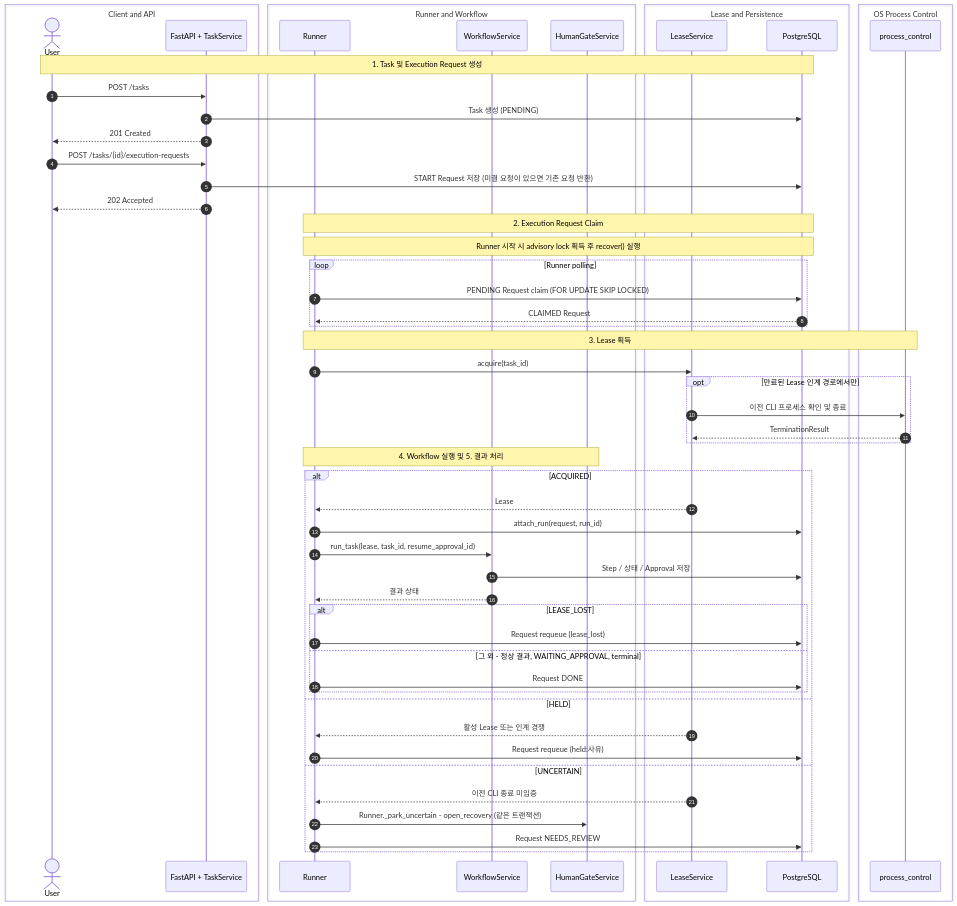
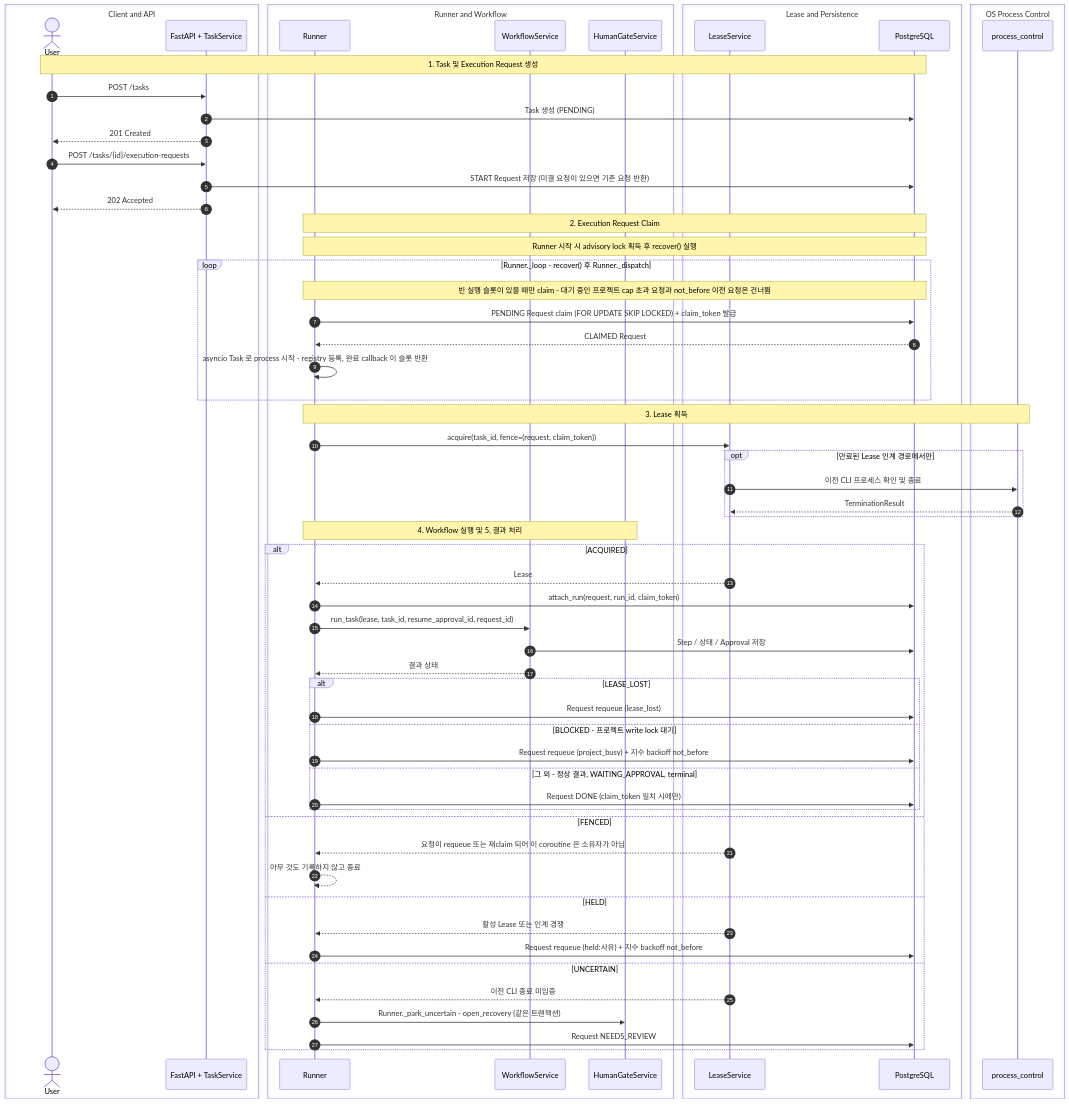
One commit to mdgome/orchestra-ai changed the diagram in docs/workflow/03-task-runner.md. Above: the diagram before and after it, drawn with Mermaid. The commit also changed other lines of this file and 13 other files, not shown here.

````diff
--- a/docs/workflow/03-task-runner.md
+++ b/docs/workflow/03-task-runner.md
@@ -9,67 +9,74 @@
 ```mermaid
 sequenceDiagram
     autonumber
 
     box Client and API
         actor User
         participant API as FastAPI + TaskService
     end
 
     box Runner and Workflow
         participant Runner as Runner
         participant WF as WorkflowService
         participant Gate as HumanGateService
     end
 
     box Lease and Persistence
         participant Lease as LeaseService
         participant DB as PostgreSQL
     end
 
     box OS Process Control
         participant PC as process_control
     end
 
     Note over User,DB: 1. Task 및 Execution Request 생성
     User->>API: POST /tasks
     API->>DB: Task 생성 (PENDING)
     API-->>User: 201 Created
     User->>API: POST /tasks/{id}/execution-requests
     API->>DB: START Request 저장 (미결 요청이 있으면 기존 요청 반환)
     API-->>User: 202 Accepted
 
     Note over Runner,DB: 2. Execution Request Claim
     Note over Runner,DB: Runner 시작 시 advisory lock 획득 후 recover() 실행
-    loop Runner polling
-        Runner->>DB: PENDING Request claim (FOR UPDATE SKIP LOCKED)
+    loop Runner._loop - recover() 후 Runner._dispatch
+        Note over Runner,DB: 빈 실행 슬롯이 있을 때만 claim - 대기 중인 프로젝트 cap 초과 요청과 not_before 이전 요청은 건너뜀
+        Runner->>DB: PENDING Request claim (FOR UPDATE SKIP LOCKED) + claim_token 발급
         DB-->>Runner: CLAIMED Request
+        Runner->>Runner: asyncio Task 로 process 시작 - registry 등록, 완료 callback 이 슬롯 반환
     end
 
     Note over Runner,PC: 3. Lease 획득
-    Runner->>Lease: acquire(task_id)
+    Runner->>Lease: acquire(task_id, fence=(request, claim_token))
     opt 만료된 Lease 인계 경로에서만
         Lease->>PC: 이전 CLI 프로세스 확인 및 종료
         PC-->>Lease: TerminationResult
     end
 
     Note over Runner,Gate: 4. Workflow 실행 및 5. 결과 처리
     alt ACQUIRED
         Lease-->>Runner: Lease
-        Runner->>DB: attach_run(request, run_id)
-        Runner->>WF: run_task(lease, task_id, resume_approval_id)
+        Runner->>DB: attach_run(request, run_id, claim_token)
+        Runner->>WF: run_task(lease, task_id, resume_approval_id, request_id)
         WF->>DB: Step / 상태 / Approval 저장
         WF-->>Runner: 결과 상태
         alt LEASE_LOST
             Runner->>DB: Request requeue (lease_lost)
+        else BLOCKED - 프로젝트 write lock 대기
+            Runner->>DB: Request requeue (project_busy) + 지수 backoff not_before
         else 그 외 - 정상 결과, WAITING_APPROVAL, terminal
-            Runner->>DB: Request DONE
+            Runner->>DB: Request DONE (claim_token 일치 시에만)
         end
+    else FENCED
+        Lease-->>Runner: 요청이 requeue 또는 재claim 되어 이 coroutine 은 소유자가 아님
+        Runner-->>Runner: 아무 것도 기록하지 않고 종료
     else HELD
         Lease-->>Runner: 활성 Lease 또는 인계 경쟁
-        Runner->>DB: Request requeue (held:사유)
+        Runner->>DB: Request requeue (held:사유) + 지수 backoff not_before
     else UNCERTAIN
         Lease-->>Runner: 이전 CLI 종료 미입증
         Runner->>Gate: Runner._park_uncertain - open_recovery (같은 트랜잭션)
         Runner->>DB: Request NEEDS_REVIEW
     end
 ```
````
